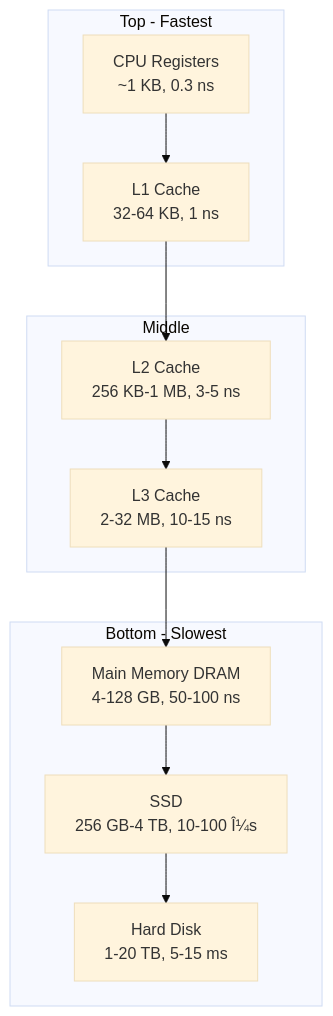
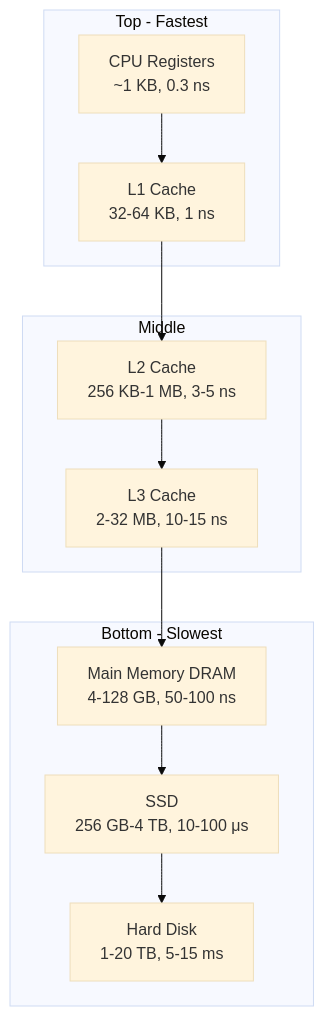
The first of 8 diagrams in docs/courses/computer-architecture/03-memory-hierarchy.md (Raushan666java/ai-engineering-journey), drawn with Mermaid (base theme) before and after one commit. The commit also changed other lines of this file and 965 other files, not shown here.

````diff
--- a/docs/courses/computer-architecture/03-memory-hierarchy.md
+++ b/docs/courses/computer-architecture/03-memory-hierarchy.md
@@ -337,17 +337,17 @@
 ```mermaid
 flowchart TD
     subgraph Top - Fastest
         R1[CPU Registers<br/>~1 KB, 0.3 ns]
         L1[L1 Cache<br/>32-64 KB, 1 ns]
     end
     subgraph Middle
         L2[L2 Cache<br/>256 KB-1 MB, 3-5 ns]
         L3[L3 Cache<br/>2-32 MB, 10-15 ns]
     end
     subgraph Bottom - Slowest
         RAM[Main Memory DRAM<br/>4-128 GB, 50-100 ns]
-        SSD[SSD<br/>256 GB-4 TB, 10-100 Î¼s]
+        SSD[SSD<br/>256 GB-4 TB, 10-100 μs]
         HDD[Hard Disk<br/>1-20 TB, 5-15 ms]
     end
     R1 --> L1 --> L2 --> L3 --> RAM --> SSD --> HDD
 ```
````
